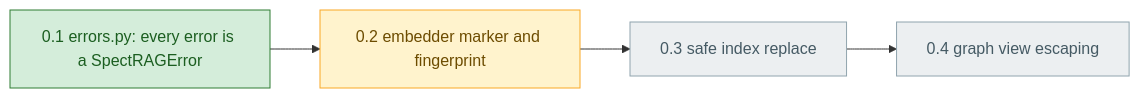
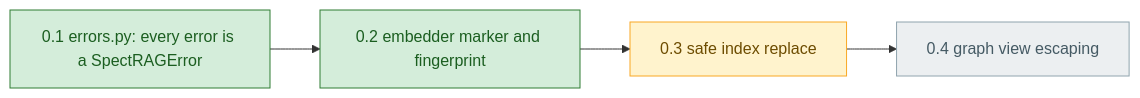
One commit to aion7891/Spect-RAG changed the diagram in README.md. Above: the diagram before and after it, drawn with Mermaid. The commit also changed other lines of this file and 3 other files, not shown here.

````diff
--- a/README.md
+++ b/README.md
@@ -489,11 +489,11 @@
 ```mermaid
 flowchart LR
     errors["0.1 errors.py: every error is a SpectRAGError"] --> embedder["0.2 embedder marker and fingerprint"]
     embedder --> replace["0.3 safe index replace"] --> escape["0.4 graph view escaping"]
     classDef done fill:#d4edda,stroke:#2e7d32,color:#1b5e20
     classDef doing fill:#fff3cd,stroke:#f9a825,color:#6d4c00
     classDef todo fill:#eceff1,stroke:#90a4ae,color:#455a64
-    class errors done
-    class embedder doing
-    class replace,escape todo
+    class errors,embedder done
+    class replace doing
+    class escape todo
 ```
````
